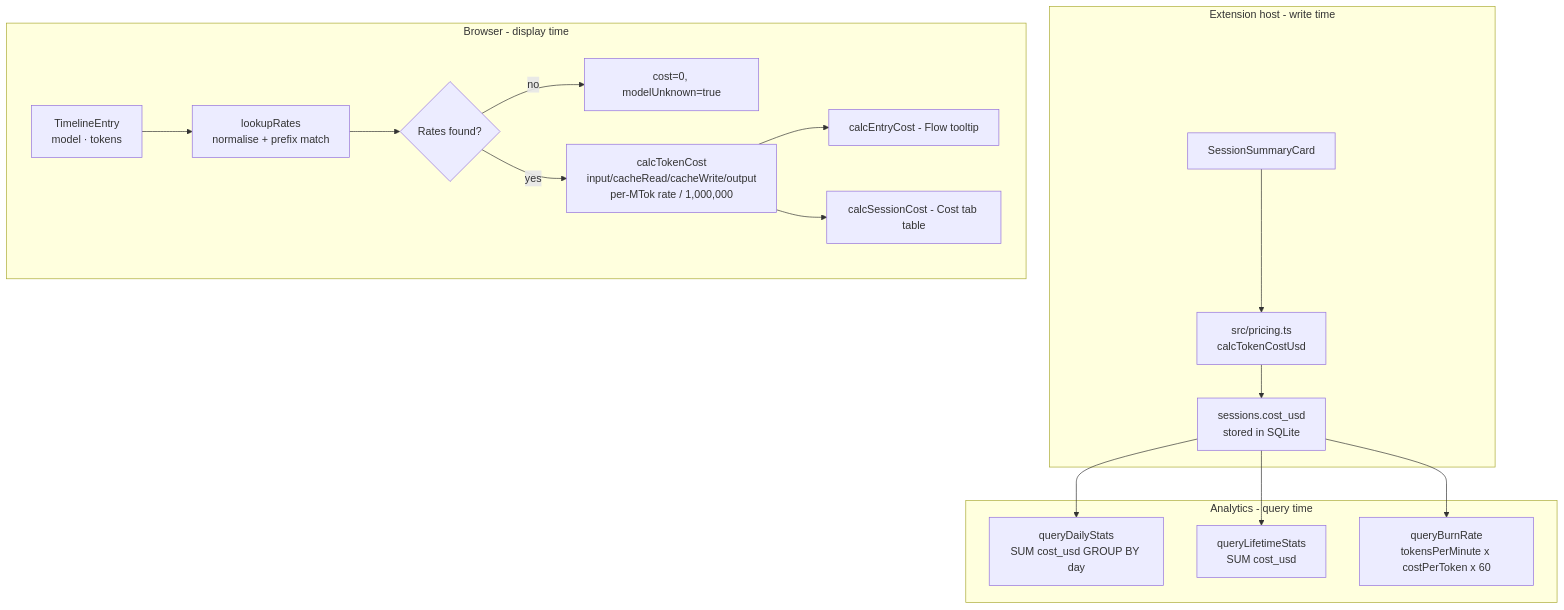
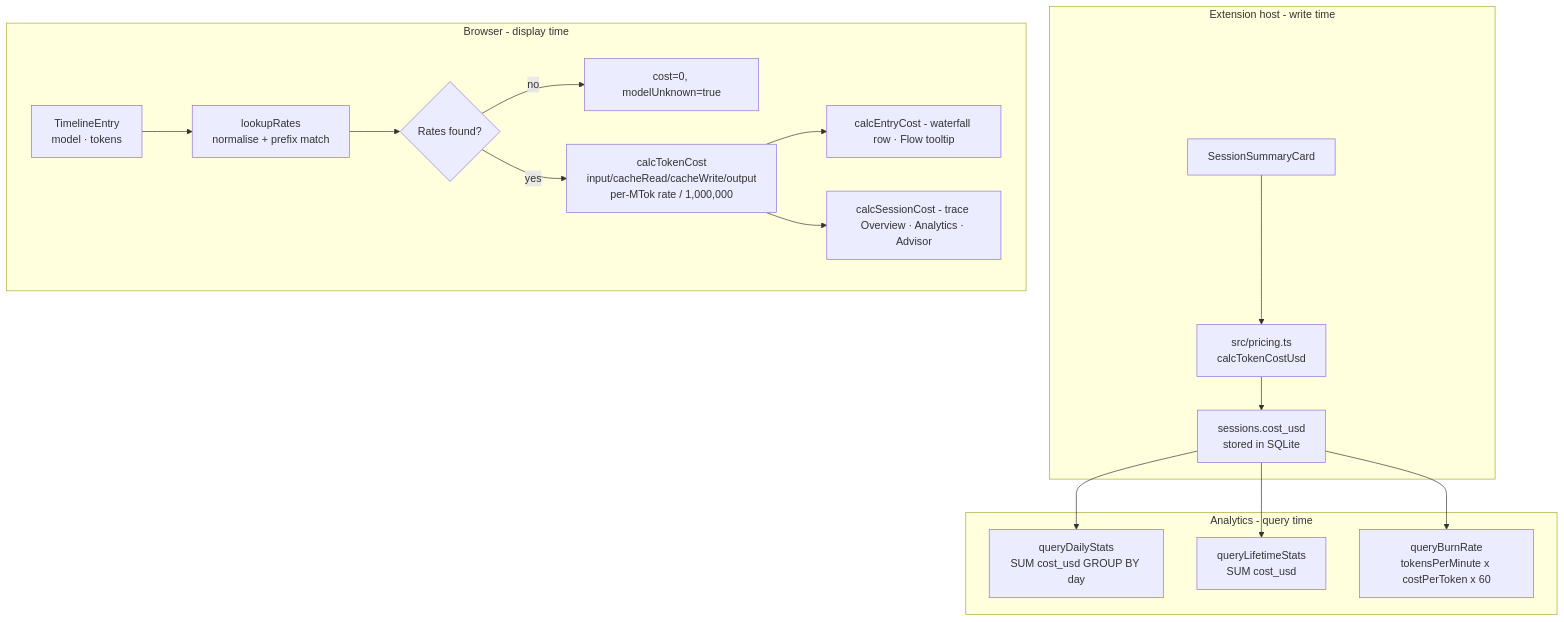
One commit to traceroost/core changed diagram 16 of 20 in ARCHITECTURE.md. Above: the diagram before and after it, drawn with Mermaid. The commit also changed other lines of this file, not shown here.

First line of the commit message:
Docs: audit ARCHITECTURE.md §§9–15 and the File Map against the code

````diff
--- a/ARCHITECTURE.md
+++ b/ARCHITECTURE.md
@@ -956,22 +966,22 @@
 ```mermaid
 flowchart TD
     subgraph exthost["Extension host - write time"]
         CARD[SessionSummaryCard] --> PRI_EXT[src/pricing.ts<br/>calcTokenCostUsd]
         PRI_EXT --> DB_COST[sessions.cost_usd<br/>stored in SQLite]
     end
 
     subgraph browser["Browser - display time"]
         ENTRY[TimelineEntry<br/>model · tokens] --> LR[lookupRates<br/>normalise + prefix match]
         LR --> RATES{Rates found?}
         RATES -- no  --> ZERO[cost=0, modelUnknown=true]
         RATES -- yes --> TC[calcTokenCost<br/>input/cacheRead/cacheWrite/output<br/>per-MTok rate / 1,000,000]
-        TC --> ENTRY_COST[calcEntryCost - Flow tooltip]
-        TC --> SESS_COST[calcSessionCost - Cost tab table]
+        TC --> ENTRY_COST[calcEntryCost - waterfall row · Flow tooltip]
+        TC --> SESS_COST[calcSessionCost - trace Overview · Analytics · Advisor]
     end
 
     subgraph analytics["Analytics - query time"]
         DB_COST --> AGG[queryDailyStats<br/>SUM cost_usd GROUP BY day]
         DB_COST --> LIFE[queryLifetimeStats<br/>SUM cost_usd]
         DB_COST --> BURN[queryBurnRate<br/>tokensPerMinute x costPerToken x 60]
     end
 ```
````
